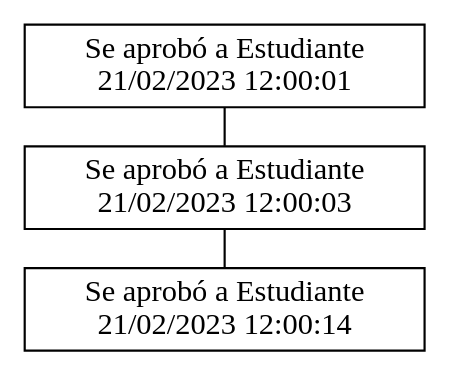
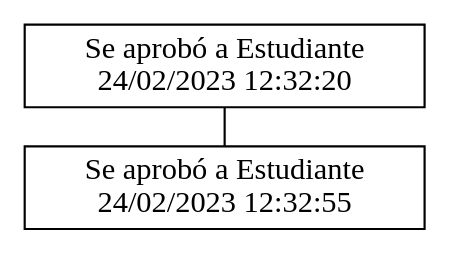
The diagram in EDD_Proyecto1_Fase1/Aprobación de estudiantes/admin.dot (Barahona1602/Sistema-de-Archivos), drawn with Graphviz before and after one commit. The commit also changed 13 other files, not shown here.

```diff
--- a/EDD_Proyecto1_Fase1/Aprobación de estudiantes/admin.dot
+++ b/EDD_Proyecto1_Fase1/Aprobación de estudiantes/admin.dot
@@ -1,13 +1,11 @@
 digraph {
 rankdir=LR;
 node [shape=box]
 {rank=same "Se aprobó a Estudiante
-21/02/2023 12:00:01""Se aprobó a Estudiante
-21/02/2023 12:00:03""Se aprobó a Estudiante
-21/02/2023 12:00:14"}
+24/02/2023 12:32:20""Se aprobó a Estudiante
+24/02/2023 12:32:55"}
 edge [dir=none]
 {rank=same "Se aprobó a Estudiante
-21/02/2023 12:00:01" -> "Se aprobó a Estudiante
-21/02/2023 12:00:03" -> "Se aprobó a Estudiante
-21/02/2023 12:00:14"}
+24/02/2023 12:32:20" -> "Se aprobó a Estudiante
+24/02/2023 12:32:55"}
 }
```
